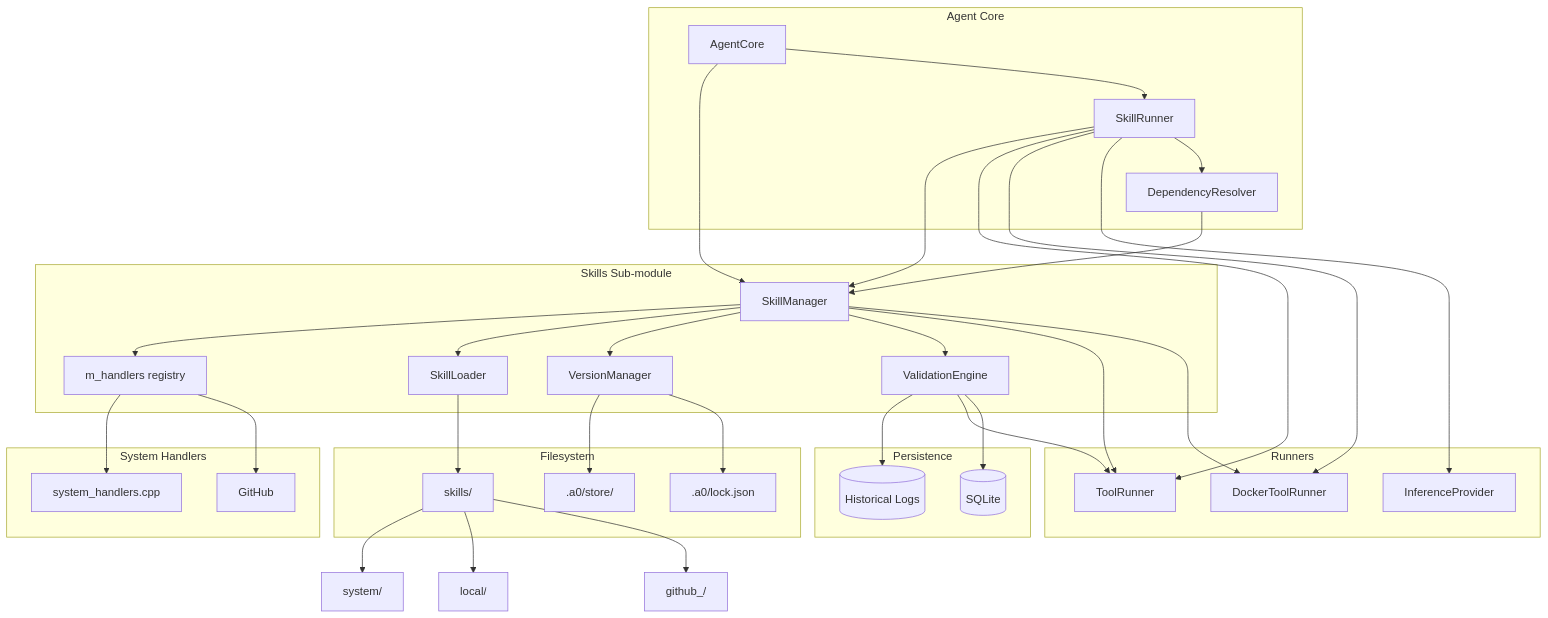
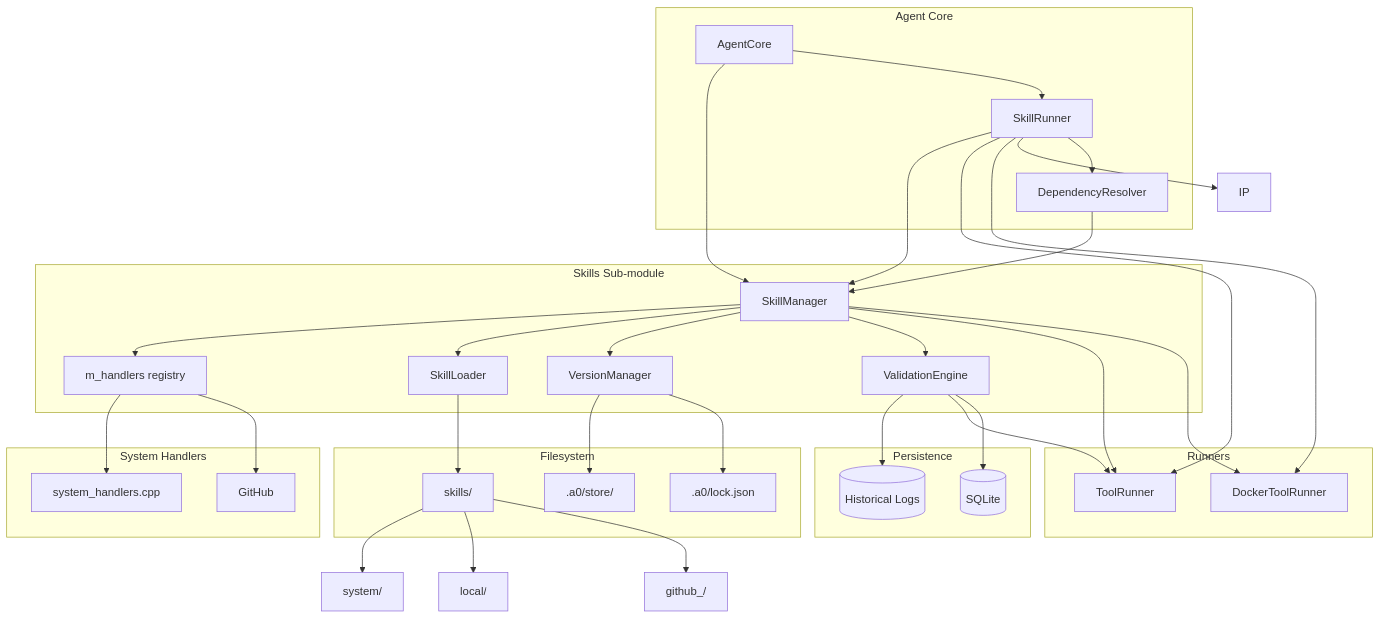
Before and after one commit to opensassi/a0: the first of 3 diagrams in src/skills/technical-specification.md, drawn with Mermaid. The commit also changed other lines of this file and 50 other files, not shown here.

````diff
--- a/src/skills/technical-specification.md
+++ b/src/skills/technical-specification.md
@@ -539,70 +539,69 @@
 ```mermaid
 graph TB
     subgraph "Agent Core"
         Core[AgentCore]
 
         DR[DependencyResolver]
         SR[SkillRunner]
     end
 
     subgraph "Skills Sub-module"
         SM[SkillManager]
         HR[m_handlers registry]
         SL[SkillLoader]
         VM[VersionManager]
         VE[ValidationEngine]
     end
 
     subgraph "System Handlers"
         SH[system_handlers.cpp]
         GH[GitHub]
     end
 
     subgraph "Runners"
         TR[ToolRunner]
         DTR[DockerToolRunner]
-        IP[InferenceProvider]
     end
 
     subgraph "Persistence"
         LOG[(Historical Logs)]
         PS[(SQLite)]
     end
 
     subgraph "Filesystem"
         SK_DIR[skills/]
         STORE[.a0/store/]
         LCK[.a0/lock.json]
     end
 
     Core --> SM
     Core --> SR
     SR --> SM
     SR --> TR
     SR --> DTR
     SR --> IP
     SR --> DR
     DR --> SM
 
     SM --> HR
     SM --> SL
     SM --> VM
     SM --> VE
     SM --> TR
     SM --> DTR
 
     HR --> SH
     HR --> GH
 
     VE --> LOG
     VE --> TR
     VE --> PS
 
     SL --> SK_DIR
     VM --> STORE
     VM --> LCK
 
     SK_DIR --> SYS[system/]
     SK_DIR --> LOC[local/]
     SK_DIR --> GHU[github_<user>/]
 ```
````
